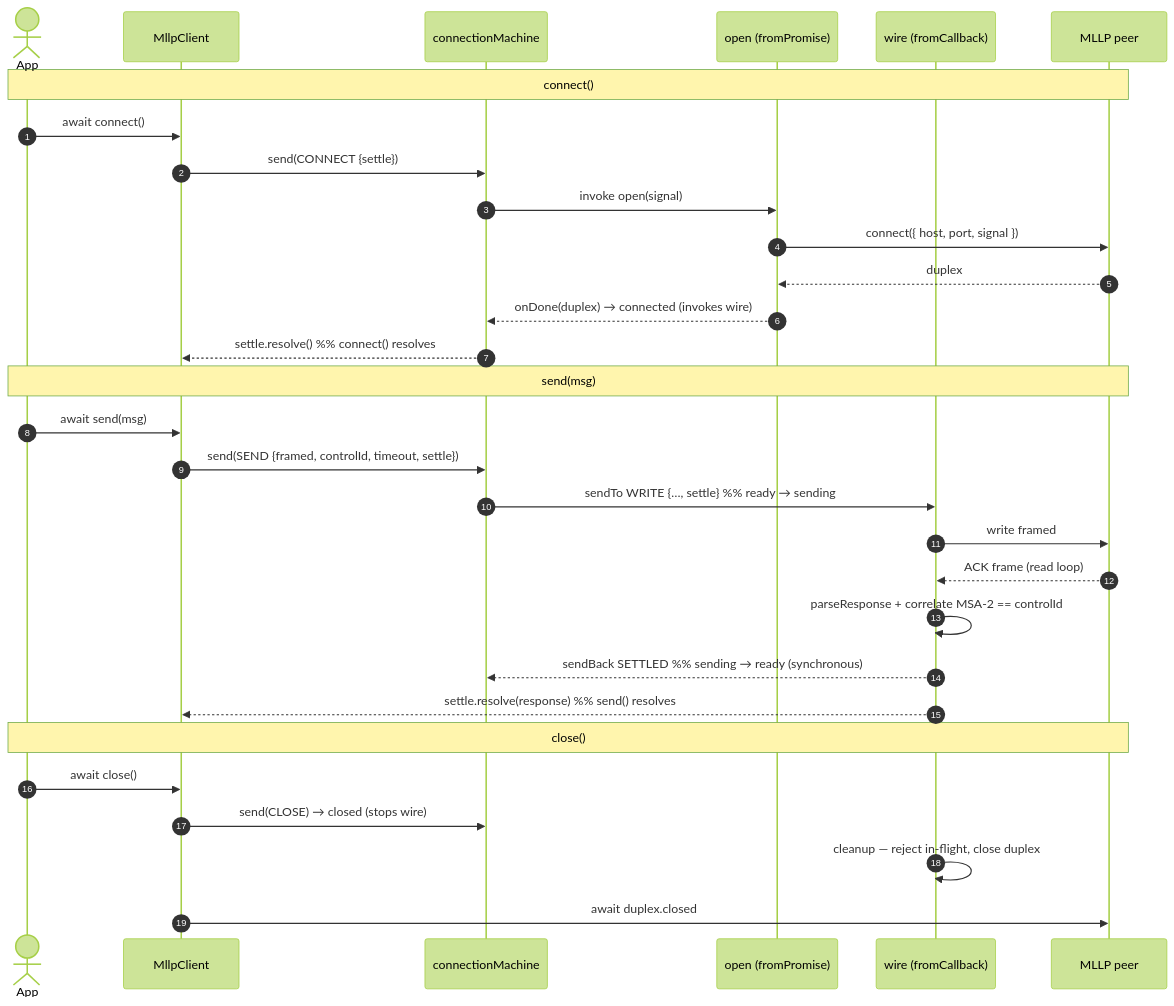
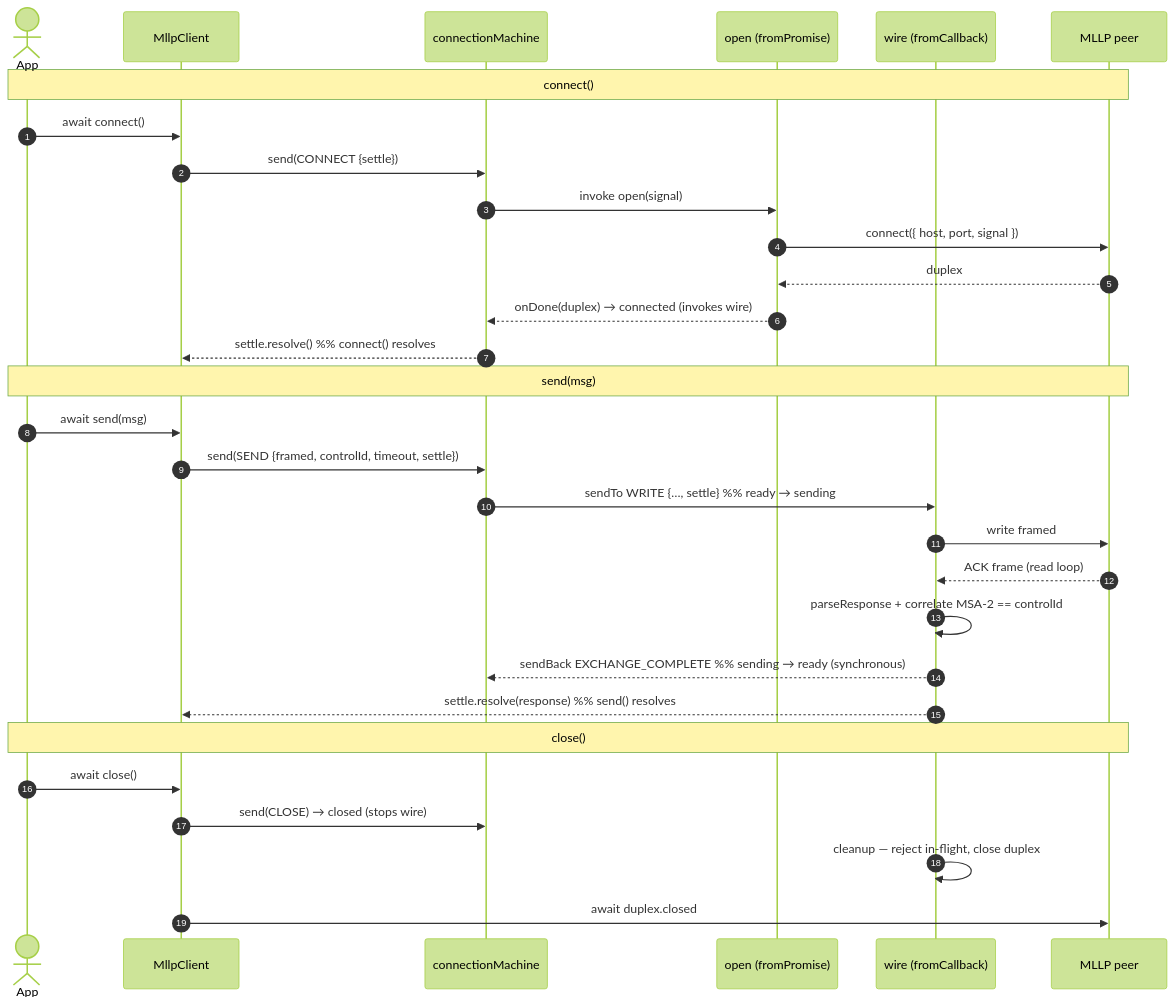
The second of 2 diagrams in packages/mllp-client/docs/architecture.md (rethinkhealth/glion), drawn with Mermaid (forest theme) before and after one commit. The commit also changed other lines of this file and 5 other files, not shown here.

````diff
--- a/packages/mllp-client/docs/architecture.md
+++ b/packages/mllp-client/docs/architecture.md
@@ -51,35 +51,35 @@
 ```mermaid
 sequenceDiagram
   autonumber
   actor App
   participant Client as MllpClient
   participant Machine as connectionMachine
   participant Open as open (fromPromise)
   participant Wire as wire (fromCallback)
   participant Peer as MLLP peer
 
   Note over App,Peer: connect()
   App->>Client: await connect()
   Client->>Machine: send(CONNECT {settle})
   Machine->>Open: invoke open(signal)
   Open->>Peer: connect({ host, port, signal })
   Peer-->>Open: duplex
   Open-->>Machine: onDone(duplex) → connected (invokes wire)
   Machine-->>Client: settle.resolve()  %% connect() resolves
 
   Note over App,Peer: send(msg)
   App->>Client: await send(msg)
   Client->>Machine: send(SEND {framed, controlId, timeout, settle})
   Machine->>Wire: sendTo WRITE {…, settle}  %% ready → sending
   Wire->>Peer: write framed
   Peer-->>Wire: ACK frame (read loop)
   Wire->>Wire: parseResponse + correlate MSA-2 == controlId
-  Wire-->>Machine: sendBack SETTLED  %% sending → ready (synchronous)
+  Wire-->>Machine: sendBack EXCHANGE_COMPLETE  %% sending → ready (synchronous)
   Wire-->>Client: settle.resolve(response)  %% send() resolves
 
   Note over App,Peer: close()
   App->>Client: await close()
   Client->>Machine: send(CLOSE) → closed (stops wire)
   Wire->>Wire: cleanup — reject in-flight, close duplex
   Client->>Peer: await duplex.closed
 ```
````
